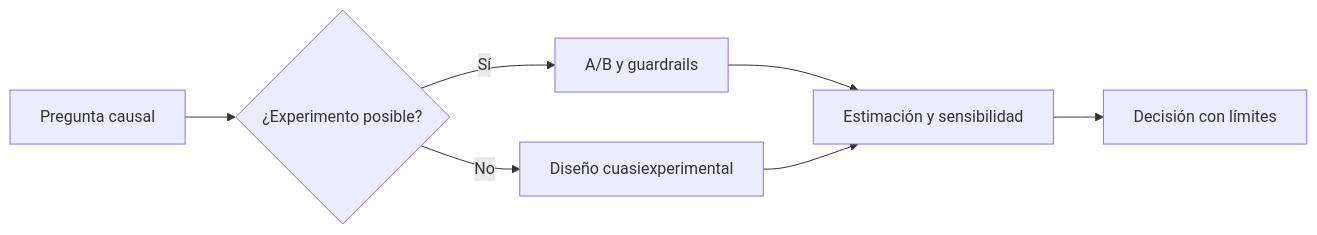
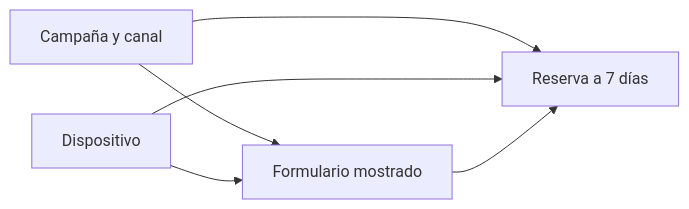
The diagram in curso/14-nivel-avanzado/lecciones/01-preguntas-causales-y-disenos.md (Ayhur/CursoAnalista), drawn with Mermaid before and after one commit. The commit also changed other lines of this file and 13 other files, not shown here.

````diff
--- a/curso/14-nivel-avanzado/lecciones/01-preguntas-causales-y-disenos.md
+++ b/curso/14-nivel-avanzado/lecciones/01-preguntas-causales-y-disenos.md
@@ -9,9 +19,8 @@
 ```mermaid
 flowchart LR
- A[Pregunta causal] --> B{¿Experimento posible?}
- B -->|Sí| C[A/B y guardrails]
- B -->|No| D[Diseño cuasiexperimental]
- C --> E[Estimación y sensibilidad]
- D --> E
- E --> F[Decisión con límites]
+ C[Campaña y canal] --> F[Formulario mostrado]
+ C --> R[Reserva a 7 días]
+ D[Dispositivo] --> F
+ D --> R
+ F --> R
 ```
````
